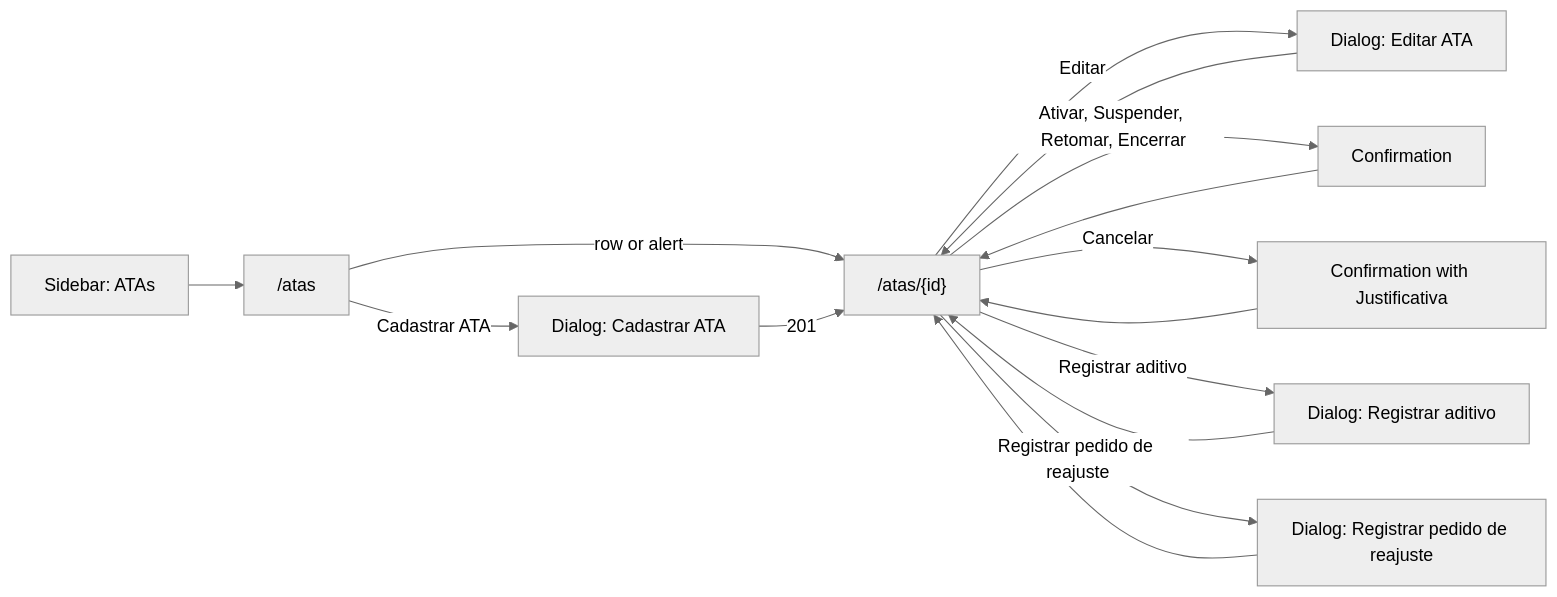
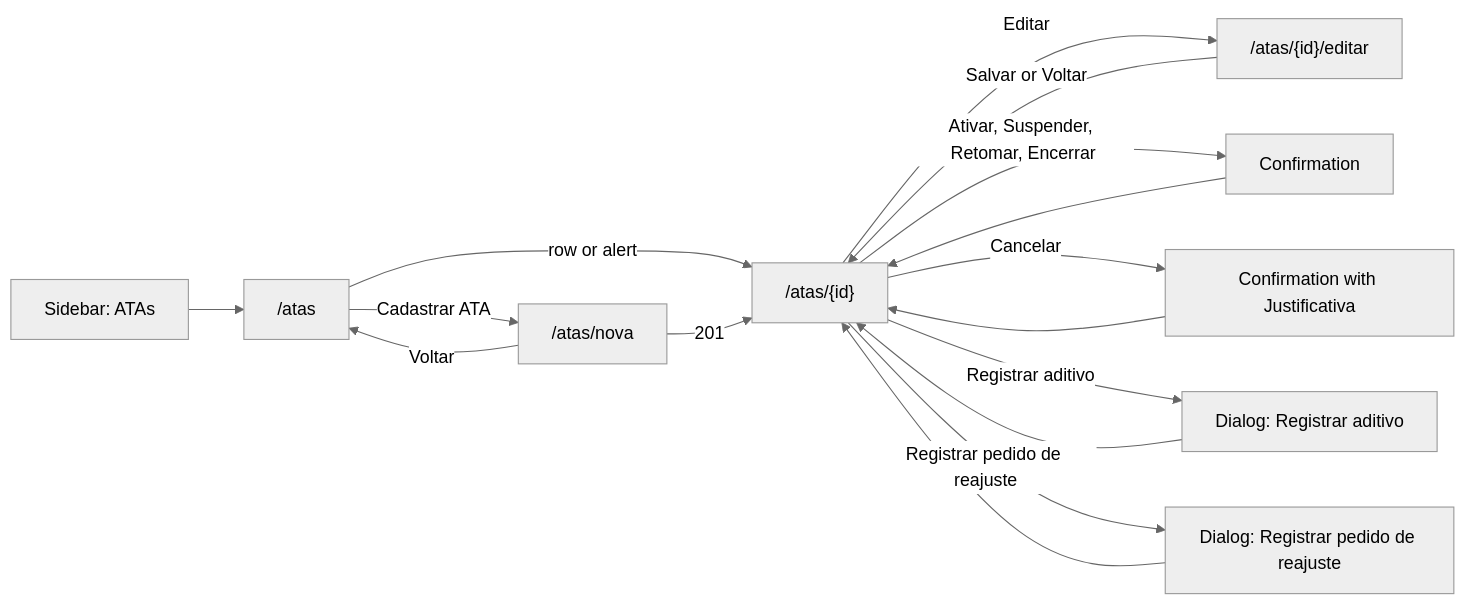
The first of 2 diagrams in docs/product/user-flows/atas.md (isaacgraper/sigi), drawn with Mermaid (neutral theme) before and after one commit. The commit also changed other lines of this file and 2 other files, not shown here.

First line of the commit message:
docs: describe the ATA form pages and the due list in the user flow [SPEC-0013]

````diff
--- a/docs/product/user-flows/atas.md
+++ b/docs/product/user-flows/atas.md
@@ -30,17 +30,18 @@
 ```mermaid
 flowchart LR
   sidebar[Sidebar: ATAs] --> lista["/atas"]
   lista -->|row or alert| ata["/atas/{id}"]
-  lista -->|Cadastrar ATA| cadastro[Dialog: Cadastrar ATA]
+  lista -->|Cadastrar ATA| cadastro["/atas/nova"]
   cadastro -->|201| ata
-  ata -->|Editar| edicao[Dialog: Editar ATA]
+  cadastro -->|Voltar| lista
+  ata -->|Editar| edicao["/atas/{id}/editar"]
   ata -->|Ativar, Suspender, Retomar, Encerrar| confirmacao[Confirmation]
   ata -->|Cancelar| cancelamento[Confirmation with Justificativa]
   ata -->|Registrar aditivo| aditivo[Dialog: Registrar aditivo]
   ata -->|Registrar pedido de reajuste| reajuste[Dialog: Registrar pedido de reajuste]
-  edicao --> ata
+  edicao -->|Salvar or Voltar| ata
   confirmacao --> ata
   cancelamento --> ata
   aditivo --> ata
   reajuste --> ata
 ```
````
